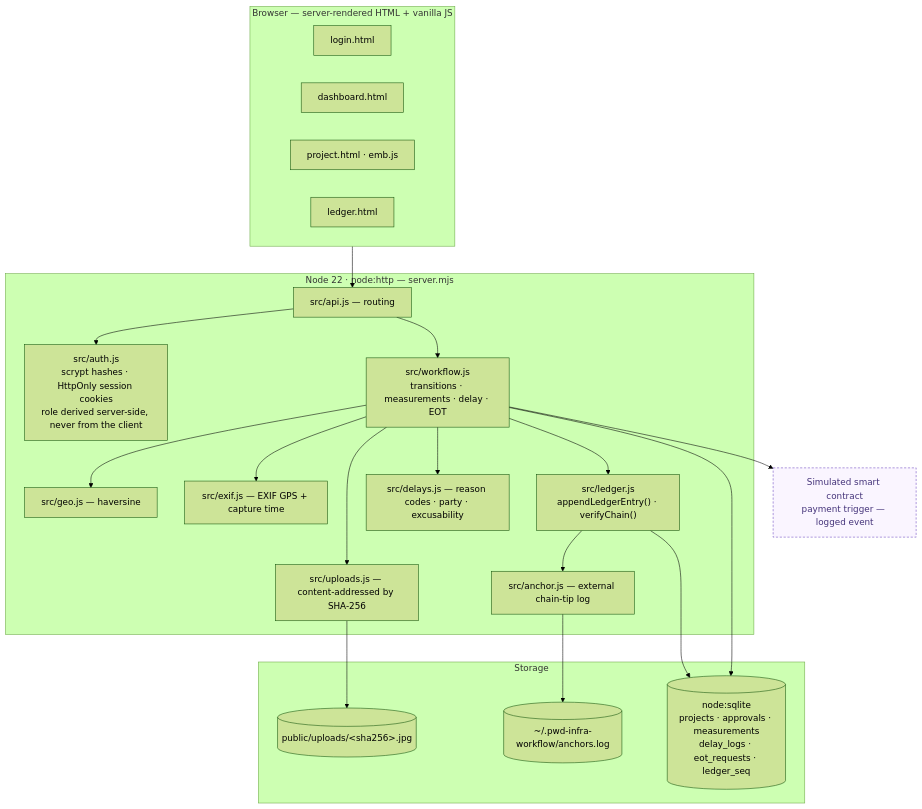
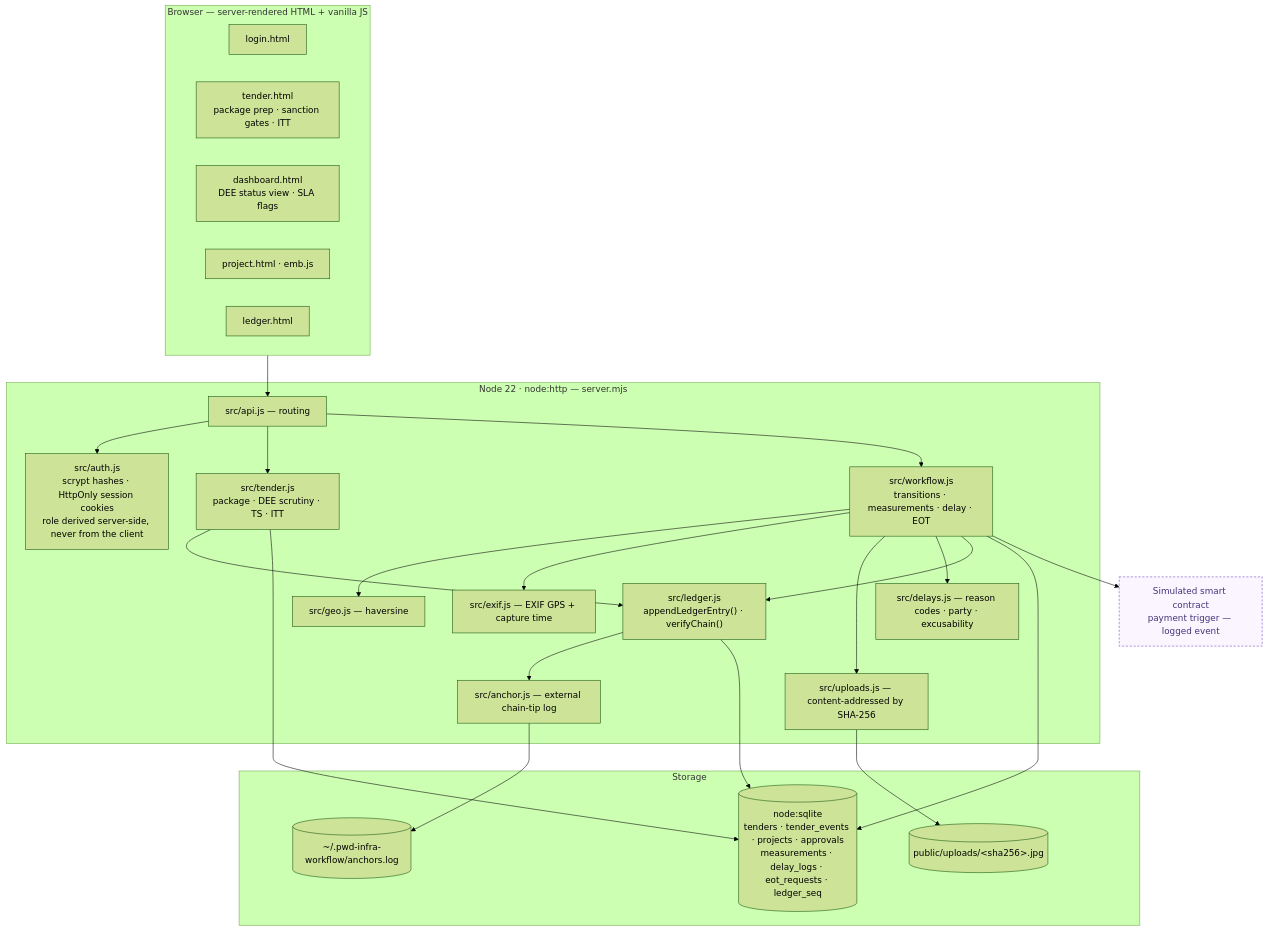
The eighth of 8 diagrams in docs/diagrams.md (yagsu123/Construction_workflow-management), drawn with Mermaid (forest theme) before and after one commit. The commit also changed other lines of this file and 40 other files, not shown here.

Commit message:
Replace Finance role with DEE, add tender initiation, fix ledger payload projection

````diff
--- a/docs/diagrams.md
+++ b/docs/diagrams.md
@@ -248,46 +323,51 @@
 ```mermaid
 flowchart TB
     subgraph BROWSER["Browser — server-rendered HTML + vanilla JS"]
         LOGIN["login.html"]
-        DASH["dashboard.html"]
+        TEND["tender.html<br/>package prep · sanction gates · ITT"]
+        DASH["dashboard.html<br/>DEE status view · SLA flags"]
         PROJ["project.html · emb.js"]
         LED["ledger.html"]
     end
 
     subgraph SERVER["Node 22 · node:http — server.mjs"]
         API["src/api.js — routing"]
         AUTH["src/auth.js<br/>scrypt hashes · HttpOnly session cookies<br/>role derived server-side, never from the client"]
+        TND["src/tender.js<br/>package · DEE scrutiny · TS · ITT"]
         WF["src/workflow.js<br/>transitions · measurements · delay · EOT"]
         GEO["src/geo.js — haversine"]
         EX["src/exif.js — EXIF GPS + capture time"]
         UP["src/uploads.js — content-addressed by SHA-256"]
         DEL["src/delays.js — reason codes · party · excusability"]
         LG["src/ledger.js<br/>appendLedgerEntry() · verifyChain()"]
         AN["src/anchor.js — external chain-tip log"]
     end
 
     subgraph STORE["Storage"]
-        DB[("node:sqlite<br/>projects · approvals · measurements<br/>delay_logs · eot_requests · ledger_seq")]
+        DB[("node:sqlite<br/>tenders · tender_events · projects · approvals<br/>measurements · delay_logs · eot_requests · ledger_seq")]
         FS[("public/uploads/&lt;sha256&gt;.jpg")]
         ANF[("~/.pwd-infra-workflow/anchors.log")]
     end
 
     BROWSER --> API
     API --> AUTH
+    API --> TND
     API --> WF
+    TND --> LG
+    TND --> DB
     WF --> GEO
     WF --> EX
     WF --> UP
     WF --> DEL
     WF --> LG
     LG --> AN
     LG --> DB
     UP --> FS
     AN --> ANF
     WF --> DB
 
     OUT["Simulated smart contract<br/>payment trigger — logged event"]:::sim
     WF --> OUT
 
     classDef sim fill:#faf5ff,stroke:#6b46c1,color:#44337a,stroke-dasharray: 4 3;
 ```
````
